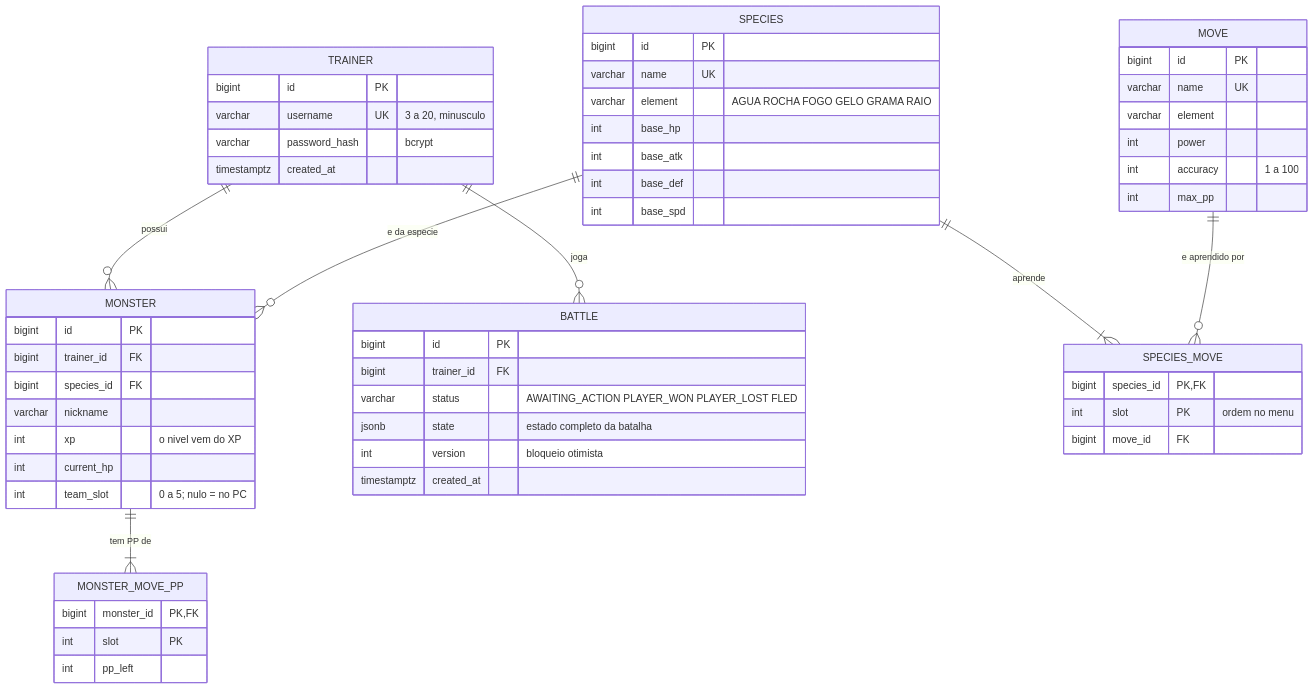
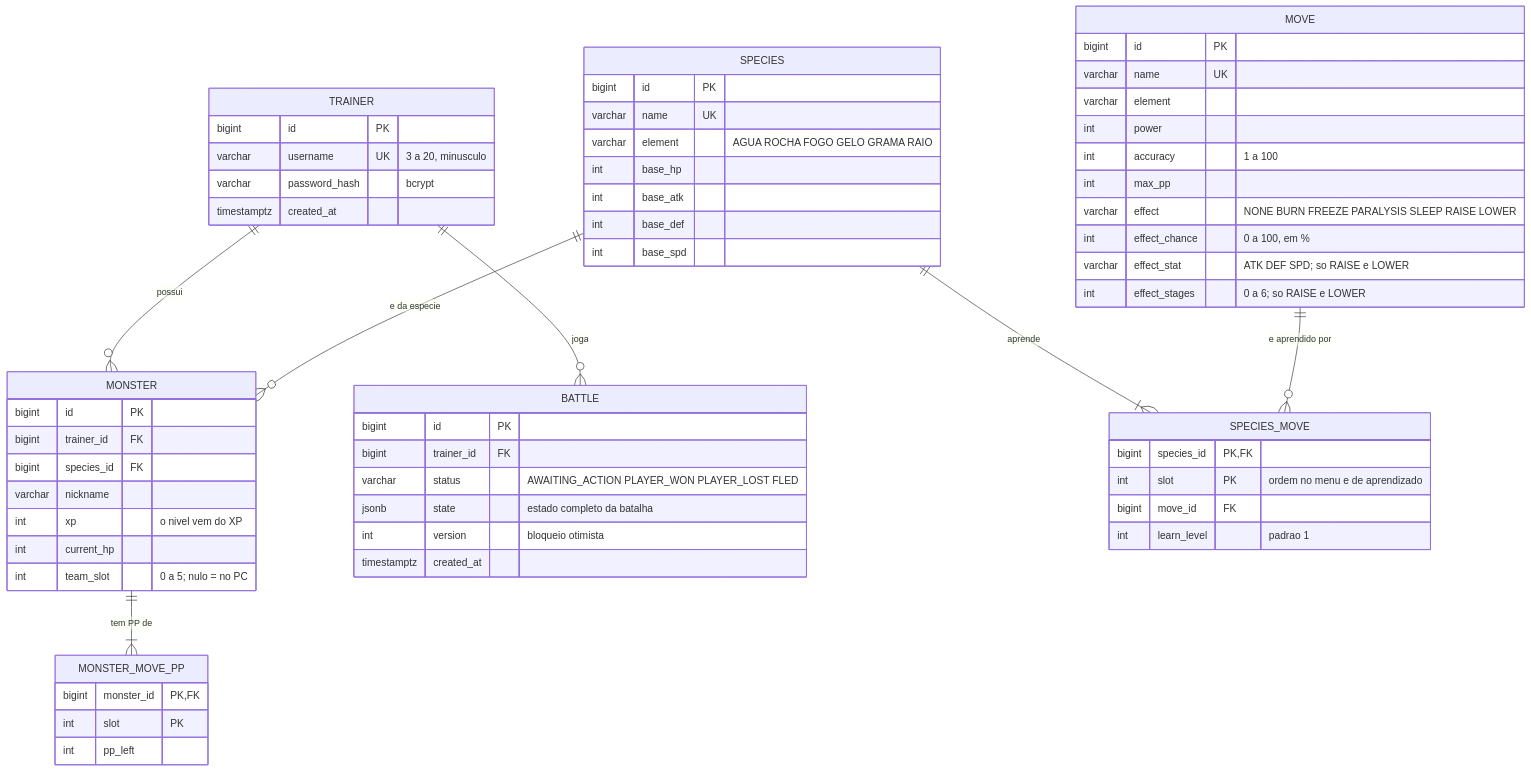
One commit to zHobbit/CLONEMON_PROJETO_N1_POO changed the diagram in docs/database.md. Above: the diagram before and after it, drawn with Mermaid. The commit also changed other lines of this file and 7 other files, not shown here.

````diff
--- a/docs/database.md
+++ b/docs/database.md
@@ -13,60 +15,65 @@
 ```mermaid
 erDiagram
     TRAINER ||--o{ MONSTER : possui
     TRAINER ||--o{ BATTLE : joga
     SPECIES ||--o{ MONSTER : "e da especie"
     SPECIES ||--|{ SPECIES_MOVE : aprende
     MOVE ||--o{ SPECIES_MOVE : "e aprendido por"
     MONSTER ||--|{ MONSTER_MOVE_PP : "tem PP de"
 
     TRAINER {
         bigint id PK
         varchar username UK "3 a 20, minusculo"
         varchar password_hash "bcrypt"
         timestamptz created_at
     }
     SPECIES {
         bigint id PK
         varchar name UK
         varchar element "AGUA ROCHA FOGO GELO GRAMA RAIO"
         int base_hp
         int base_atk
         int base_def
         int base_spd
     }
     MOVE {
         bigint id PK
         varchar name UK
         varchar element
         int power
         int accuracy "1 a 100"
         int max_pp
+        varchar effect "NONE BURN FREEZE PARALYSIS SLEEP RAISE LOWER"
+        int effect_chance "0 a 100, em %"
+        varchar effect_stat "ATK DEF SPD; so RAISE e LOWER"
+        int effect_stages "0 a 6; so RAISE e LOWER"
     }
     SPECIES_MOVE {
         bigint species_id PK, FK
-        int slot PK "ordem no menu"
+        int slot PK "ordem no menu e de aprendizado"
         bigint move_id FK
+        int learn_level "padrao 1"
     }
     MONSTER {
         bigint id PK
         bigint trainer_id FK
         bigint species_id FK
         varchar nickname
         int xp "o nivel vem do XP"
         int current_hp
         int team_slot "0 a 5; nulo = no PC"
     }
     MONSTER_MOVE_PP {
         bigint monster_id PK, FK
         int slot PK
         int pp_left
     }
     BATTLE {
         bigint id PK
         bigint trainer_id FK
         varchar status "AWAITING_ACTION PLAYER_WON PLAYER_LOST FLED"
         jsonb state "estado completo da batalha"
         int version "bloqueio otimista"
         timestamptz created_at
     }
 ```
````
